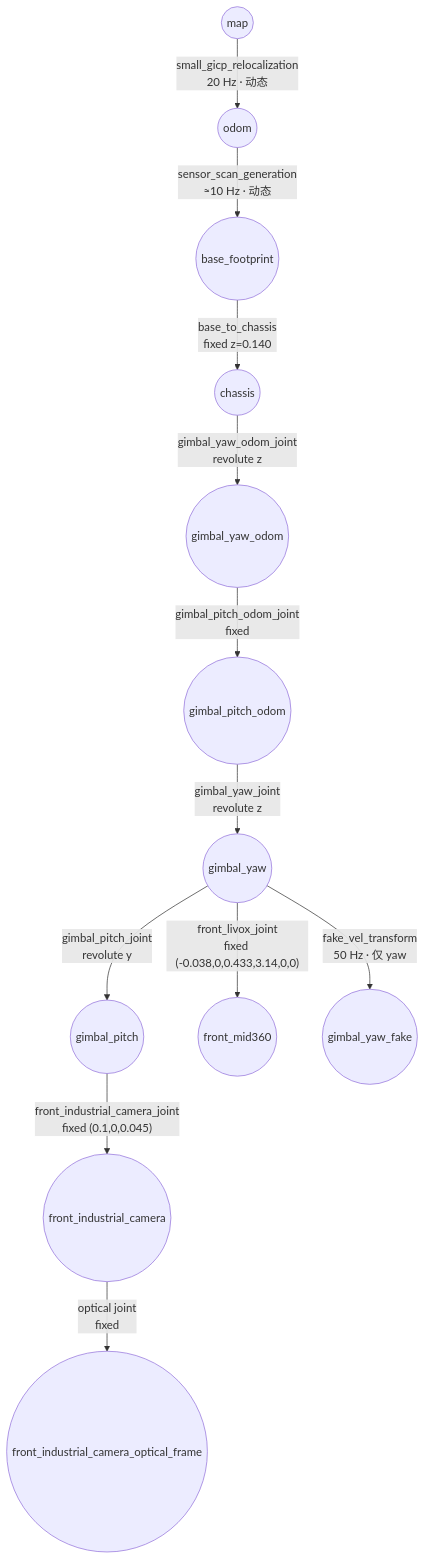
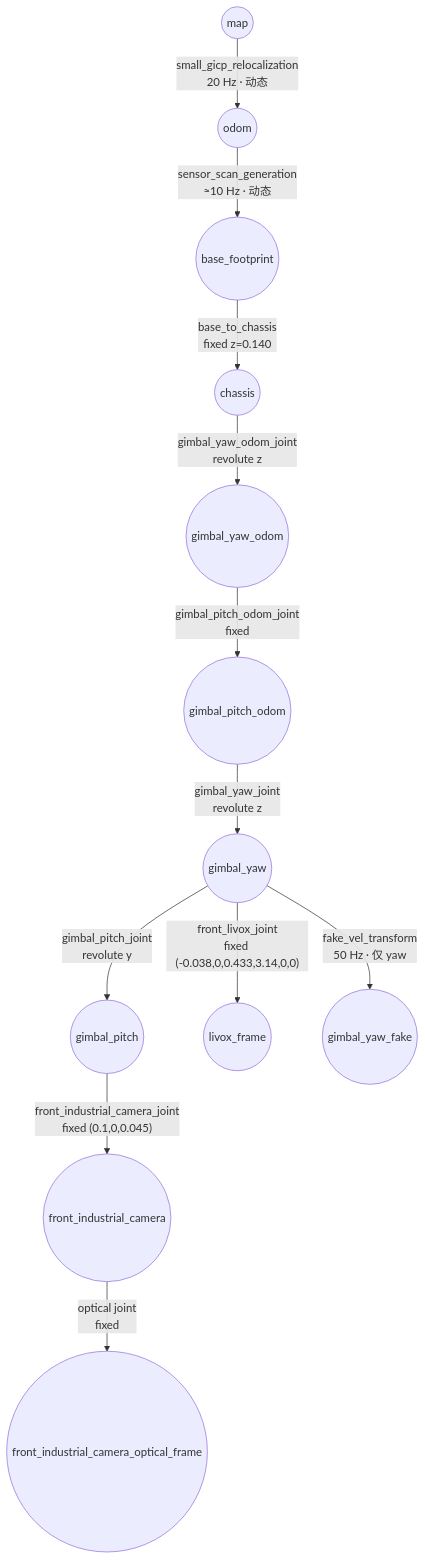
One commit to YD07-xyt/NavX changed the fourth of 5 diagrams in docs_ros2_packages_and_tf.md. Above: the diagram before and after it, drawn with Mermaid. The commit also changed other lines of this file and 9 other files, not shown here.

First line of the commit message:
refactor(tf): 雷达帧 front_mid360 统一为 livox_frame

````diff
--- a/docs_ros2_packages_and_tf.md
+++ b/docs_ros2_packages_and_tf.md
@@ -405,27 +405,27 @@
 ```mermaid
 graph TD
   map((map))
   odom((odom))
   bf((base_footprint))
   ch((chassis))
   gyo((gimbal_yaw_odom))
   gpo((gimbal_pitch_odom))
   gy((gimbal_yaw))
   gp((gimbal_pitch))
-  lidar((front_mid360))
+  lidar((livox_frame))
   cam((front_industrial_camera))
   camo((front_industrial_camera_optical_frame))
   fake((gimbal_yaw_fake))
 
   map -->|"small_gicp_relocalization<br/>20 Hz · 动态"| odom
   odom -->|"sensor_scan_generation<br/>≈10 Hz · 动态"| bf
   bf -->|"base_to_chassis<br/>fixed z=0.140"| ch
   ch -->|"gimbal_yaw_odom_joint<br/>revolute z"| gyo
   gyo -->|"gimbal_pitch_odom_joint<br/>fixed"| gpo
   gpo -->|"gimbal_yaw_joint<br/>revolute z"| gy
   gy -->|"gimbal_pitch_joint<br/>revolute y"| gp
   gy -->|"front_livox_joint<br/>fixed (-0.038,0,0.433,3.14,0,0)"| lidar
   gp -->|"front_industrial_camera_joint<br/>fixed (0.1,0,0.045)"| cam
   cam -->|"optical joint<br/>fixed"| camo
   gy -->|"fake_vel_transform<br/>50 Hz · 仅 yaw"| fake
 ```
````
